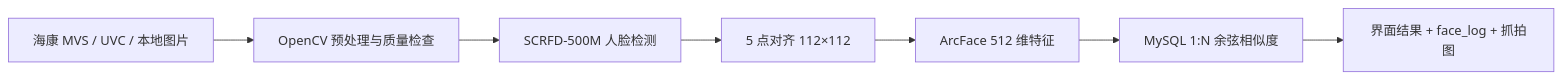
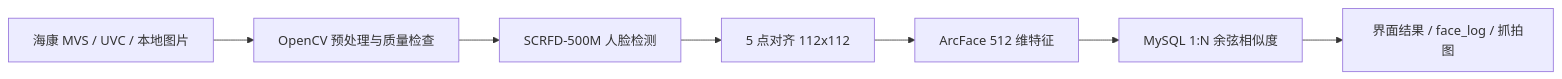
The diagram in README.md (Mr-Zeng-bot/face-recognition), drawn with Mermaid before and after one commit.

Commit message:
docs: fix README workflow diagram

````diff
--- a/README.md
+++ b/README.md
@@ -80,9 +80,9 @@
 ```mermaid
 flowchart LR
-    A[海康 MVS / UVC / 本地图片] --> B[OpenCV 预处理与质量检查]
-    B --> C[SCRFD-500M 人脸检测]
-    C --> D[5 点对齐 112×112]
-    D --> E[ArcFace 512 维特征]
-    E --> F[MySQL 1:N 余弦相似度]
-    F --> G[界面结果 + face_log + 抓拍图]
+    A["海康 MVS / UVC / 本地图片"] --> B["OpenCV 预处理与质量检查"]
+    B --> C["SCRFD-500M 人脸检测"]
+    C --> D["5 点对齐 112x112"]
+    D --> E["ArcFace 512 维特征"]
+    E --> F["MySQL 1:N 余弦相似度"]
+    F --> G["界面结果 / face_log / 抓拍图"]
 ```
````
